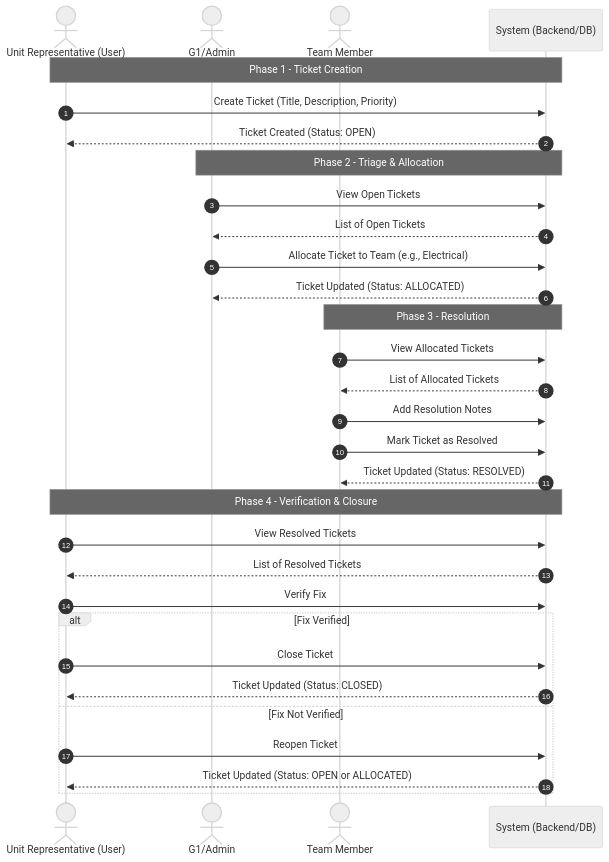
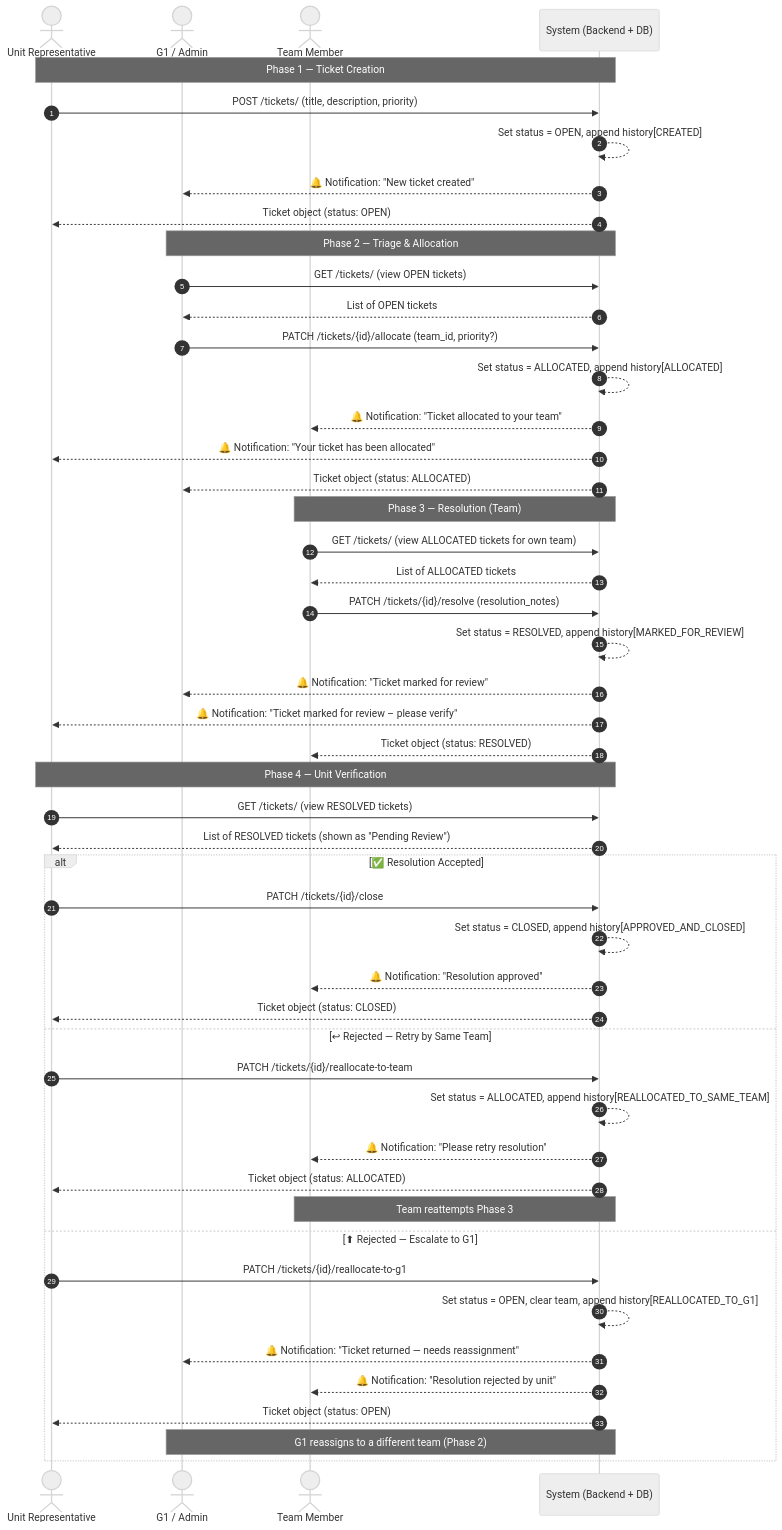
One commit to darshilcodess/MOD-Ticketing-New changed the diagram in server/docs/v1/workflow.mermaid. Above: the diagram before and after it, drawn with Mermaid (neutral theme). The commit also changed 9 other files, not shown here.

Commit message:
Feat: Modified Ticket workflow and changed the schema and created migration files and created the mermaid diagrams

```diff
--- a/server/docs/v1/workflow.mermaid
+++ b/server/docs/v1/workflow.mermaid
@@ -1,37 +1,65 @@
 sequenceDiagram
     autonumber
 
-    actor UR as Unit Representative (User)
-    actor G1 as G1/Admin
+    actor UR as Unit Representative
+    actor G1 as G1 / Admin
     actor TM as Team Member
-    participant SYS as System (Backend/DB)
+    participant SYS as System (Backend + DB)
 
-    Note over UR,SYS: Phase 1 - Ticket Creation
-    UR->>SYS: Create Ticket (Title, Description, Priority)
-    SYS-->>UR: Ticket Created (Status: OPEN)
+    %% ── Phase 1: Ticket Creation ──────────────────────────────
+    Note over UR,SYS: Phase 1 — Ticket Creation
 
-    Note over G1,SYS: Phase 2 - Triage & Allocation
-    G1->>SYS: View Open Tickets
-    SYS-->>G1: List of Open Tickets
-    G1->>SYS: Allocate Ticket to Team (e.g., Electrical)
-    SYS-->>G1: Ticket Updated (Status: ALLOCATED)
+    UR->>SYS: POST /tickets/  (title, description, priority)
+    SYS-->>SYS: Set status = OPEN, append history[CREATED]
+    SYS-->>G1:  🔔 Notification: "New ticket created"
+    SYS-->>UR:  Ticket object (status: OPEN)
 
-    Note over TM,SYS: Phase 3 - Resolution
-    TM->>SYS: View Allocated Tickets
-    SYS-->>TM: List of Allocated Tickets
-    TM->>SYS: Add Resolution Notes
-    TM->>SYS: Mark Ticket as Resolved
-    SYS-->>TM: Ticket Updated (Status: RESOLVED)
+    %% ── Phase 2: Triage & Allocation ────────────────────────
+    Note over G1,SYS: Phase 2 — Triage & Allocation
 
-    Note over UR,SYS: Phase 4 - Verification & Closure
-    UR->>SYS: View Resolved Tickets
-    SYS-->>UR: List of Resolved Tickets
-    UR->>SYS: Verify Fix
+    G1->>SYS: GET /tickets/  (view OPEN tickets)
+    SYS-->>G1: List of OPEN tickets
+    G1->>SYS: PATCH /tickets/{id}/allocate  (team_id, priority?)
+    SYS-->>SYS: Set status = ALLOCATED, append history[ALLOCATED]
+    SYS-->>TM:  🔔 Notification: "Ticket allocated to your team"
+    SYS-->>UR:  🔔 Notification: "Your ticket has been allocated"
+    SYS-->>G1:  Ticket object (status: ALLOCATED)
 
-    alt Fix Verified
-        UR->>SYS: Close Ticket
-        SYS-->>UR: Ticket Updated (Status: CLOSED)
-    else Fix Not Verified
-        UR->>SYS: Reopen Ticket
-        SYS-->>UR: Ticket Updated (Status: OPEN or ALLOCATED)
+    %% ── Phase 3: Resolution ──────────────────────────────────
+    Note over TM,SYS: Phase 3 — Resolution (Team)
+
+    TM->>SYS: GET /tickets/  (view ALLOCATED tickets for own team)
+    SYS-->>TM: List of ALLOCATED tickets
+    TM->>SYS: PATCH /tickets/{id}/resolve  (resolution_notes)
+    SYS-->>SYS: Set status = RESOLVED, append history[MARKED_FOR_REVIEW]
+    SYS-->>G1:  🔔 Notification: "Ticket marked for review"
+    SYS-->>UR:  🔔 Notification: "Ticket marked for review – please verify"
+    SYS-->>TM:  Ticket object (status: RESOLVED)
+
+    %% ── Phase 4: Unit Verification ───────────────────────────
+    Note over UR,SYS: Phase 4 — Unit Verification
+
+    UR->>SYS: GET /tickets/  (view RESOLVED tickets)
+    SYS-->>UR: List of RESOLVED tickets (shown as "Pending Review")
+
+    alt ✅ Resolution Accepted
+        UR->>SYS: PATCH /tickets/{id}/close
+        SYS-->>SYS: Set status = CLOSED, append history[APPROVED_AND_CLOSED]
+        SYS-->>TM:  🔔 Notification: "Resolution approved"
+        SYS-->>UR:  Ticket object (status: CLOSED)
+
+    else ↩ Rejected — Retry by Same Team
+        UR->>SYS: PATCH /tickets/{id}/reallocate-to-team
+        SYS-->>SYS: Set status = ALLOCATED, append history[REALLOCATED_TO_SAME_TEAM]
+        SYS-->>TM:  🔔 Notification: "Please retry resolution"
+        SYS-->>UR:  Ticket object (status: ALLOCATED)
+        Note over TM,SYS: Team reattempts Phase 3
+
+    else ⬆ Rejected — Escalate to G1
+        UR->>SYS: PATCH /tickets/{id}/reallocate-to-g1
+        SYS-->>SYS: Set status = OPEN, clear team, append history[REALLOCATED_TO_G1]
+        SYS-->>G1:  🔔 Notification: "Ticket returned — needs reassignment"
+        SYS-->>TM:  🔔 Notification: "Resolution rejected by unit"
+        SYS-->>UR:  Ticket object (status: OPEN)
+        Note over G1,SYS: G1 reassigns to a different team (Phase 2)
     end
```
